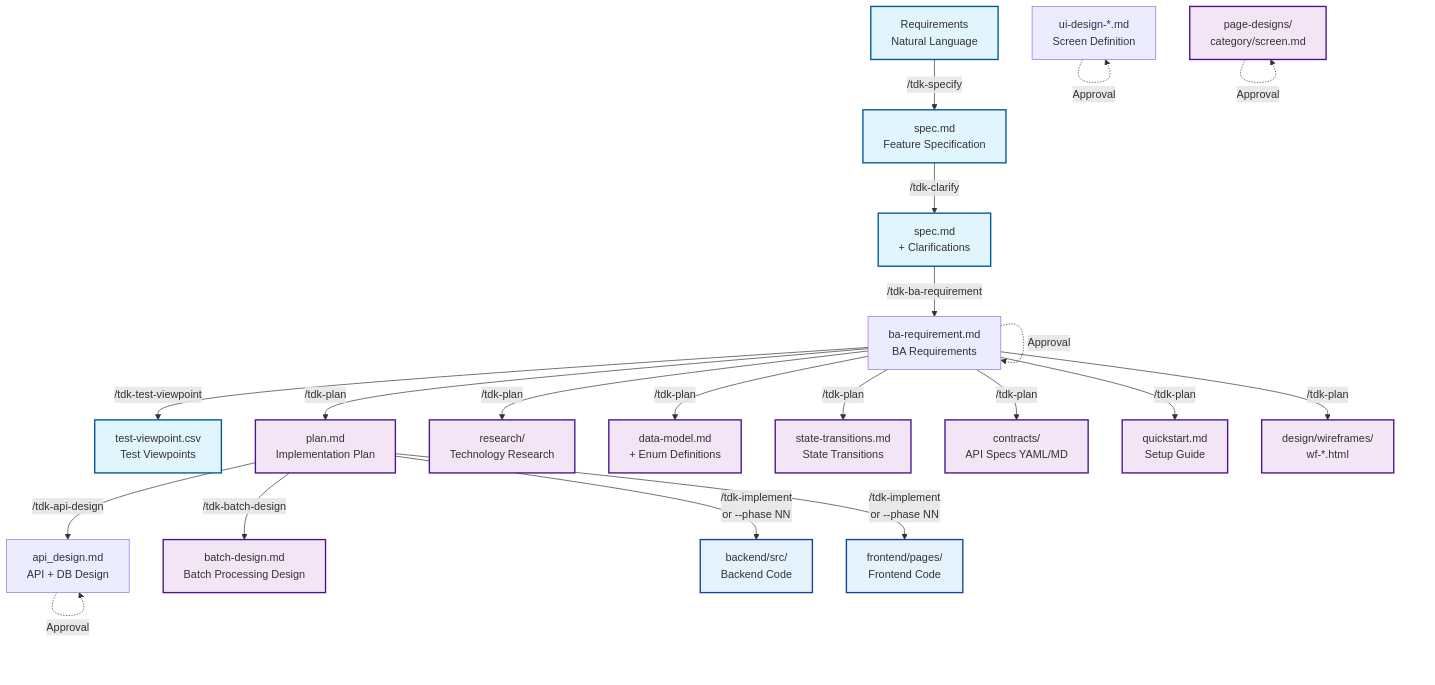
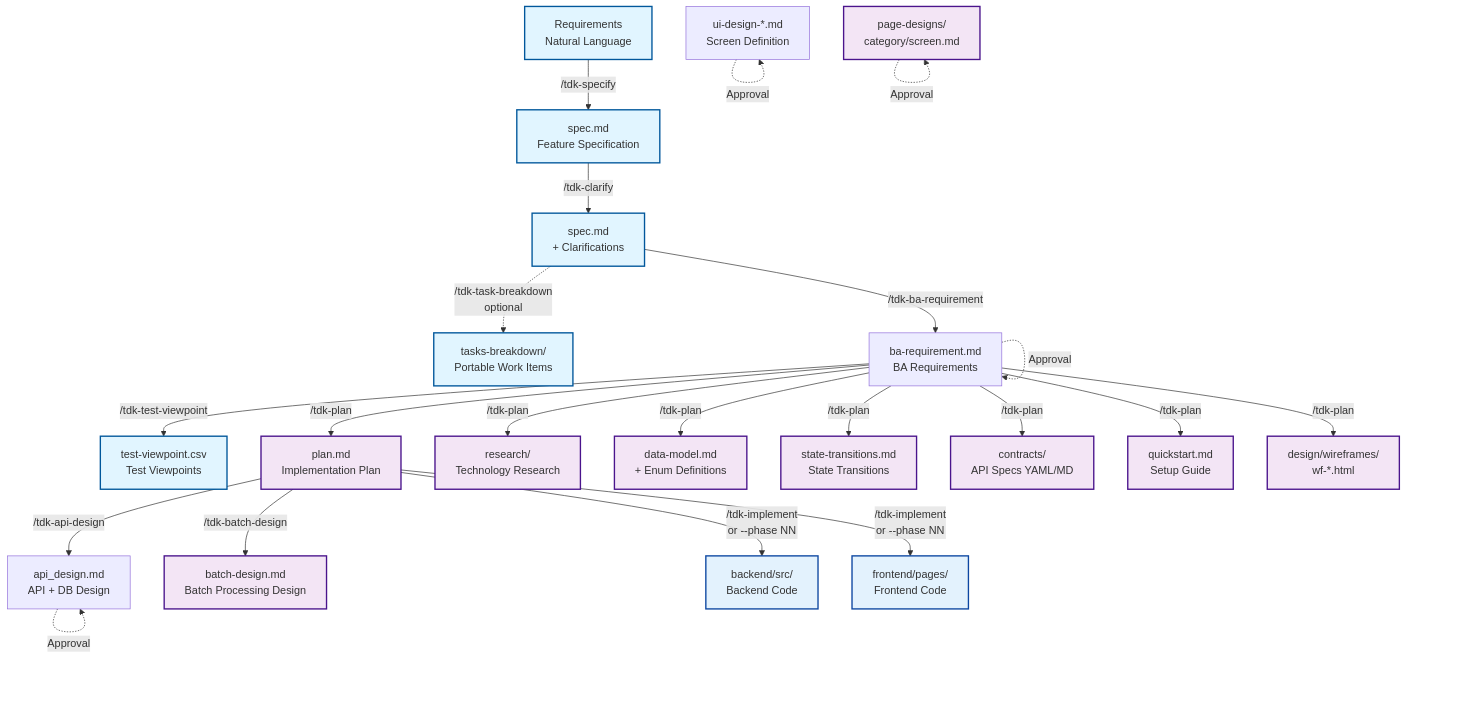
One commit to vinhltt/tdk changed the first of 8 diagrams in .specify/docs/guides/document-flow.md. Above: the diagram before and after it, drawn with Mermaid. The commit also changed other lines of this file and 15 other files, not shown here.

````diff
--- a/.specify/docs/guides/document-flow.md
+++ b/.specify/docs/guides/document-flow.md
@@ -10,51 +10,52 @@
 ```mermaid
 flowchart TD
     %% Phase 0: Specification
     REQ[Requirements<br/>Natural Language]
 
     %% Phase 0: Feature Specification
     REQ -->|/tdk-specify| SPEC[spec.md<br/>Feature Specification]
     SPEC -->|/tdk-clarify| SPEC_CLARIFIED[spec.md<br/>+ Clarifications]
+    SPEC_CLARIFIED -.->|/tdk-task-breakdown<br/>optional| TASK_BREAKDOWN[tasks-breakdown/<br/>Portable Work Items]
     SPEC_CLARIFIED -->|/tdk-ba-requirement| BA_REQ[ba-requirement.md<br/>BA Requirements]
     BA_REQ -.->|Approval| BA_REQ
     BA_REQ -->|/tdk-test-viewpoint| TEST_VP[test-viewpoint.csv<br/>Test Viewpoints]
 
     %% Phase 1: Architecture & Design
     BA_REQ -->|/tdk-plan| PLAN[plan.md<br/>Implementation Plan]
     BA_REQ -->|/tdk-plan| RESEARCH[research/<br/>Technology Research]
     BA_REQ -->|/tdk-plan| DATAMODEL[data-model.md<br/>+ Enum Definitions]
     BA_REQ -->|/tdk-plan| STATETRANS[state-transitions.md<br/>State Transitions]
     BA_REQ -->|/tdk-plan| CONTRACTS[contracts/<br/>API Specs YAML/MD]
     BA_REQ -->|/tdk-plan| QUICKSTART[quickstart.md<br/>Setup Guide]
     BA_REQ -->|/tdk-plan| WIREFRAMES[design/wireframes/<br/>wf-*.html]
 
     %% Phase 1: Detailed Design & Approval
     PLAN -->|/tdk-api-design| API_DESIGN[api_design.md<br/>API + DB Design]
     PLAN -->|/tdk-batch-design| BATCH_DESIGN[batch-design.md<br/>Batch Processing Design]
     PAGEDESIGNS[page-designs/<br/>category/screen.md]
     UI_DESIGN[ui-design-*.md<br/>Screen Definition]
     API_DESIGN -.->|Approval| API_DESIGN
     UI_DESIGN -.->|Approval| UI_DESIGN
     PAGEDESIGNS -.->|Approval| PAGEDESIGNS
 
     %% Phase 2: Implementation (Solo Path - Primary)
     PLAN -->|/tdk-implement<br/>or --phase NN| CODE_BE[backend/src/<br/>Backend Code]
     PLAN -->|/tdk-implement<br/>or --phase NN| CODE_FE[frontend/pages/<br/>Frontend Code]
 
     %% Styling
     classDef phase0 fill:#e1f5ff,stroke:#01579b,stroke-width:2px
     classDef phase1 fill:#f3e5f5,stroke:#4a148c,stroke-width:2px
     classDef phase2 fill:#fff3e0,stroke:#e65100,stroke-width:2px
     classDef phase3 fill:#e8f5e9,stroke:#1b5e20,stroke-width:2px
     classDef phase4 fill:#fff9c4,stroke:#f57f17,stroke-width:2px
     classDef phase5 fill:#ffebee,stroke:#b71c1c,stroke-width:2px
     classDef reference fill:#f5f5f5,stroke:#616161,stroke-width:1px,stroke-dasharray: 5 5
     classDef code fill:#e3f2fd,stroke:#0d47a1,stroke-width:2px
     classDef infra fill:#fce4ec,stroke:#880e4f,stroke-width:2px
 
-    class REQ,SPEC,SPEC_CLARIFIED phase0
+    class REQ,SPEC,SPEC_CLARIFIED,TASK_BREAKDOWN phase0
     class PLAN,RESEARCH,DATAMODEL,STATETRANS,CONTRACTS,QUICKSTART,WIREFRAMES,PAGEDESIGNS,BATCH_DESIGN phase1
     class TEST_VP phase0
     class CONSTITUTION,UIUX,REF_DATAMODEL,REF_STATE reference
     class CODE_BE,CODE_FE,TESTS code
 ```
````
